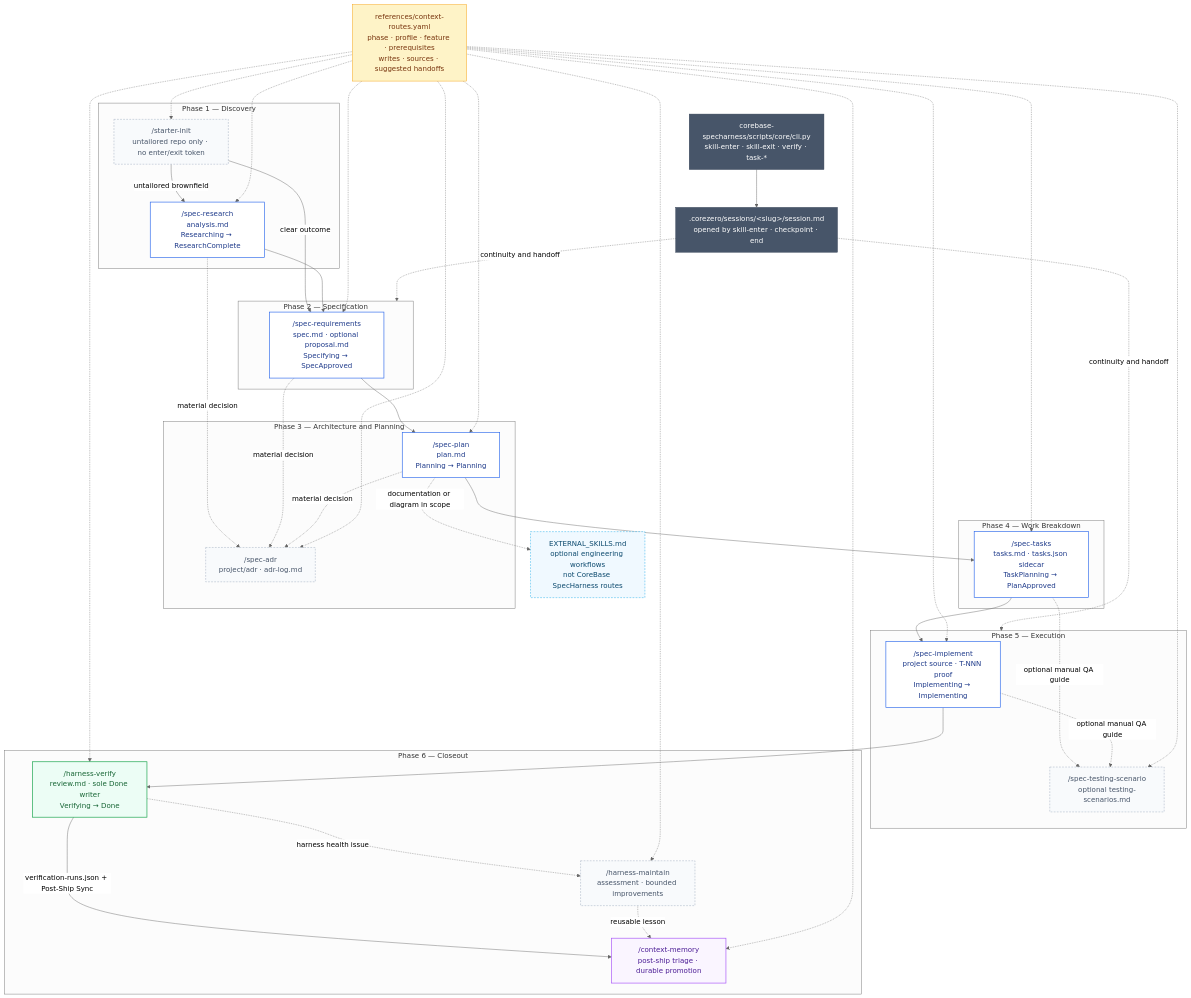
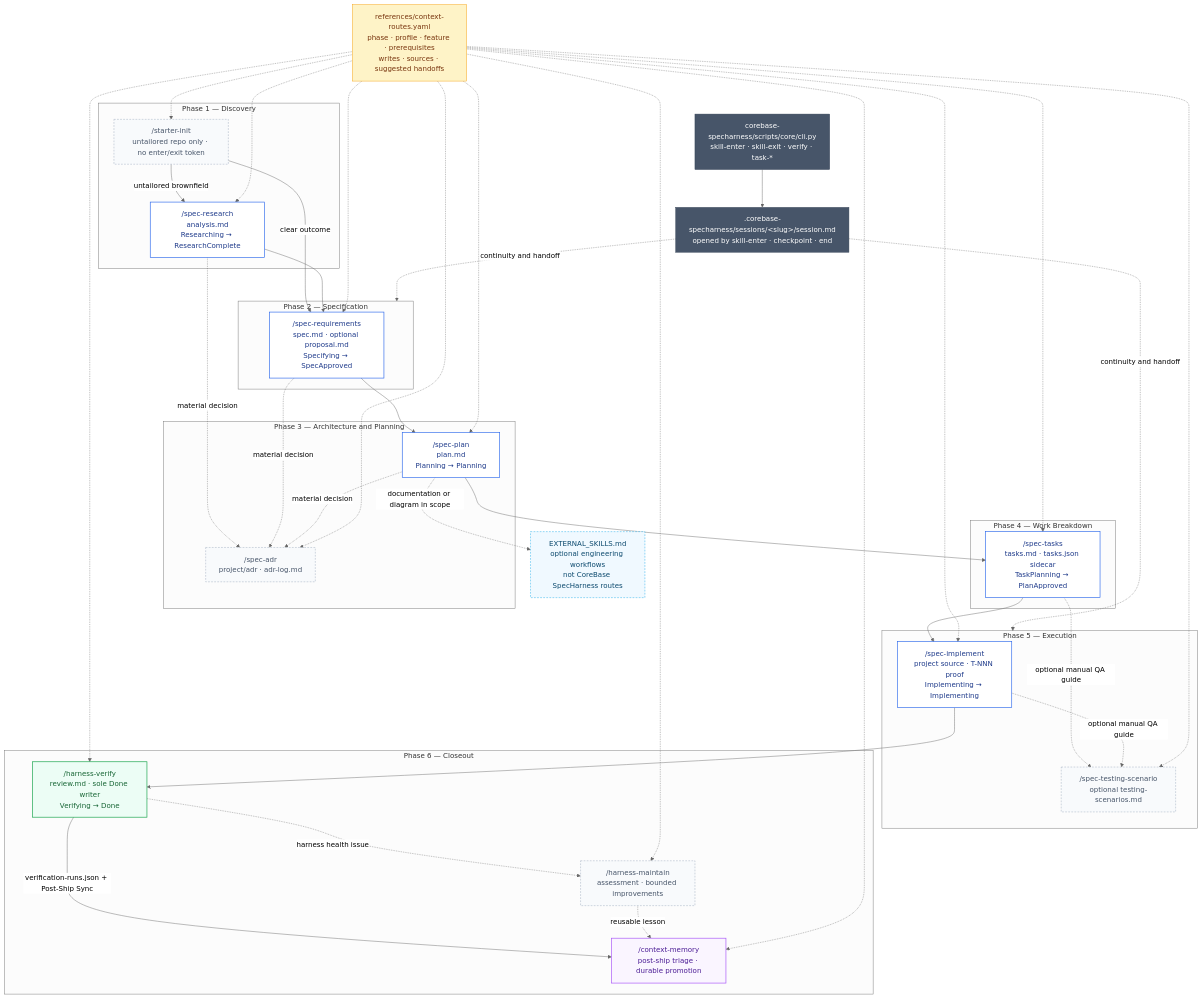
Before and after one commit to thaihai-swe/corebase-specharness: the diagram in documents/diagrams/source/architecture/skills-repository-architecture.mmd, drawn with Mermaid (neutral theme). The commit also changed 50 other files, not shown here.

First line of the commit message:
Refactor session directory structure from `.corezero` to `.corebase-specharness`

```diff
--- a/documents/diagrams/source/architecture/skills-repository-architecture.mmd
+++ b/documents/diagrams/source/architecture/skills-repository-architecture.mmd
@@ -1,86 +1,86 @@
 flowchart TB
     %% Direct skill topology — implementation authority:
     %% WORKFLOW.md §4, skills/*/SKILL.md, and references/context-routes.yaml
 
     subgraph PHASE1["Phase 1 — Discovery"]
         START["/starter-init<br/>untailored repo only · no enter/exit token"]:::optional
         RESEARCH["/spec-research<br/>analysis.md<br/>Researching → ResearchComplete"]:::skill
     end
 
     subgraph PHASE2["Phase 2 — Specification"]
         REQUIREMENTS["/spec-requirements<br/>spec.md · optional proposal.md<br/>Specifying → SpecApproved"]:::skill
     end
 
     subgraph PHASE3["Phase 3 — Architecture and Planning"]
         PLAN["/spec-plan<br/>plan.md<br/>Planning → Planning"]:::skill
         ADR["/spec-adr<br/>project/adr · adr-log.md"]:::optional
     end
 
     subgraph PHASE4["Phase 4 — Work Breakdown"]
         TASKS["/spec-tasks<br/>tasks.md · tasks.json sidecar<br/>TaskPlanning → PlanApproved"]:::skill
     end
 
     subgraph PHASE5["Phase 5 — Execution"]
         IMPL["/spec-implement<br/>project source · T-NNN proof<br/>Implementing → Implementing"]:::skill
         TESTING["/spec-testing-scenario<br/>optional testing-scenarios.md"]:::optional
     end
 
     subgraph PHASE6["Phase 6 — Closeout"]
         VERIFY["/harness-verify<br/>review.md · sole Done writer<br/>Verifying → Done"]:::gate
         MEMORY["/context-memory<br/>post-ship triage · durable promotion"]:::memory
         HARNESS["/harness-maintain<br/>assessment · bounded improvements"]:::optional
     end
 
     ROUTES["references/context-routes.yaml<br/>phase · profile · feature · prerequisites<br/>writes · sources · suggested handoffs"]:::router
-    SESSION[".corezero/sessions/&lt;slug&gt;/session.md<br/>opened by skill-enter · checkpoint · end"]:::runtime
+    SESSION[".corebase-specharness/sessions/&lt;slug&gt;/session.md<br/>opened by skill-enter · checkpoint · end"]:::runtime
     CLI["corebase-specharness/scripts/core/cli.py<br/>skill-enter · skill-exit · verify · task-*"]:::runtime
     EXTERNAL["EXTERNAL_SKILLS.md<br/>optional engineering workflows<br/>not CoreBase SpecHarness routes"]:::external
 
     START -->|untailored brownfield| RESEARCH
     START -->|clear outcome| REQUIREMENTS
     RESEARCH --> REQUIREMENTS
     REQUIREMENTS --> PLAN
     PLAN --> TASKS
     TASKS --> IMPL
     IMPL --> VERIFY
     VERIFY -->|verification-runs.json + Post-Ship Sync| MEMORY
 
     RESEARCH -. material decision .-> ADR
     REQUIREMENTS -. material decision .-> ADR
     PLAN -. material decision .-> ADR
     TASKS -. optional manual QA guide .-> TESTING
     IMPL -. optional manual QA guide .-> TESTING
     VERIFY -. harness health issue .-> HARNESS
     HARNESS -. reusable lesson .-> MEMORY
     PLAN -. documentation or diagram in scope .-> EXTERNAL
 
     ROUTES -.-> START
     ROUTES -.-> RESEARCH
     ROUTES -.-> REQUIREMENTS
     ROUTES -.-> PLAN
     ROUTES -.-> TASKS
     ROUTES -.-> IMPL
     ROUTES -.-> VERIFY
     ROUTES -.-> MEMORY
     ROUTES -.-> HARNESS
     ROUTES -.-> ADR
     ROUTES -.-> TESTING
     CLI --> SESSION
     SESSION -. continuity and handoff .-> PHASE2
     SESSION -. continuity and handoff .-> PHASE5
 
     classDef skill fill:#fff,stroke:#2563eb,color:#1e3a8a,stroke-width:1.4px
     classDef gate fill:#ecfdf5,stroke:#16a34a,color:#166534,stroke-width:1.5px
     classDef memory fill:#faf5ff,stroke:#a855f7,color:#4c1d95,stroke-width:1.5px
     classDef optional fill:#f8fafc,stroke:#94a3b8,color:#475569,stroke-dasharray:4 3
     classDef router fill:#fef3c7,stroke:#f59e0b,color:#78350f
     classDef runtime fill:#475569,stroke:#334155,color:#fff
     classDef external fill:#f0f9ff,stroke:#0ea5e9,color:#0c4a6e,stroke-dasharray:4 3
 
     class RESEARCH,REQUIREMENTS,PLAN,TASKS,IMPL skill
     class VERIFY gate
     class MEMORY memory
     class START,ADR,TESTING,HARNESS optional
     class ROUTES router
     class SESSION,CLI runtime
     class EXTERNAL external
```
